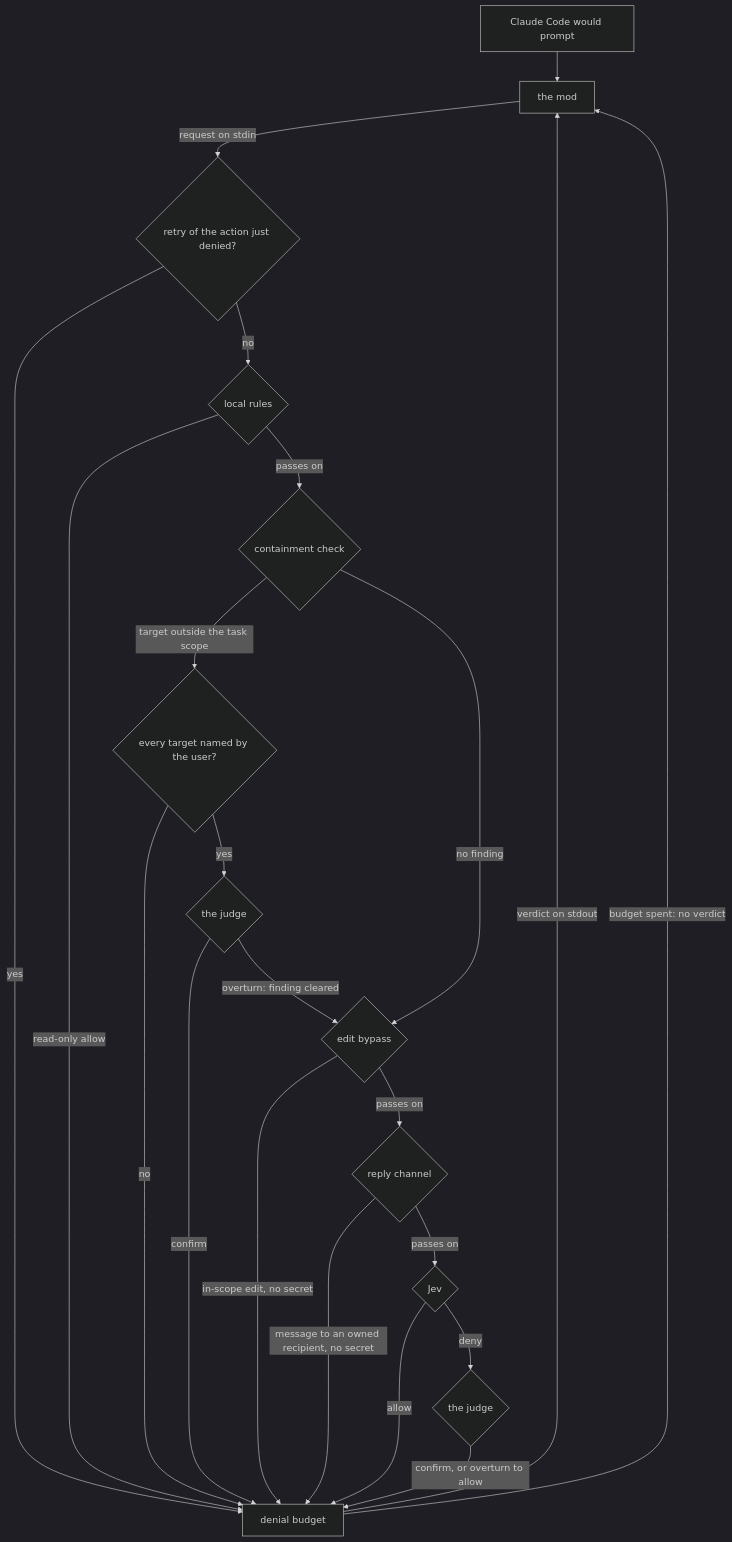
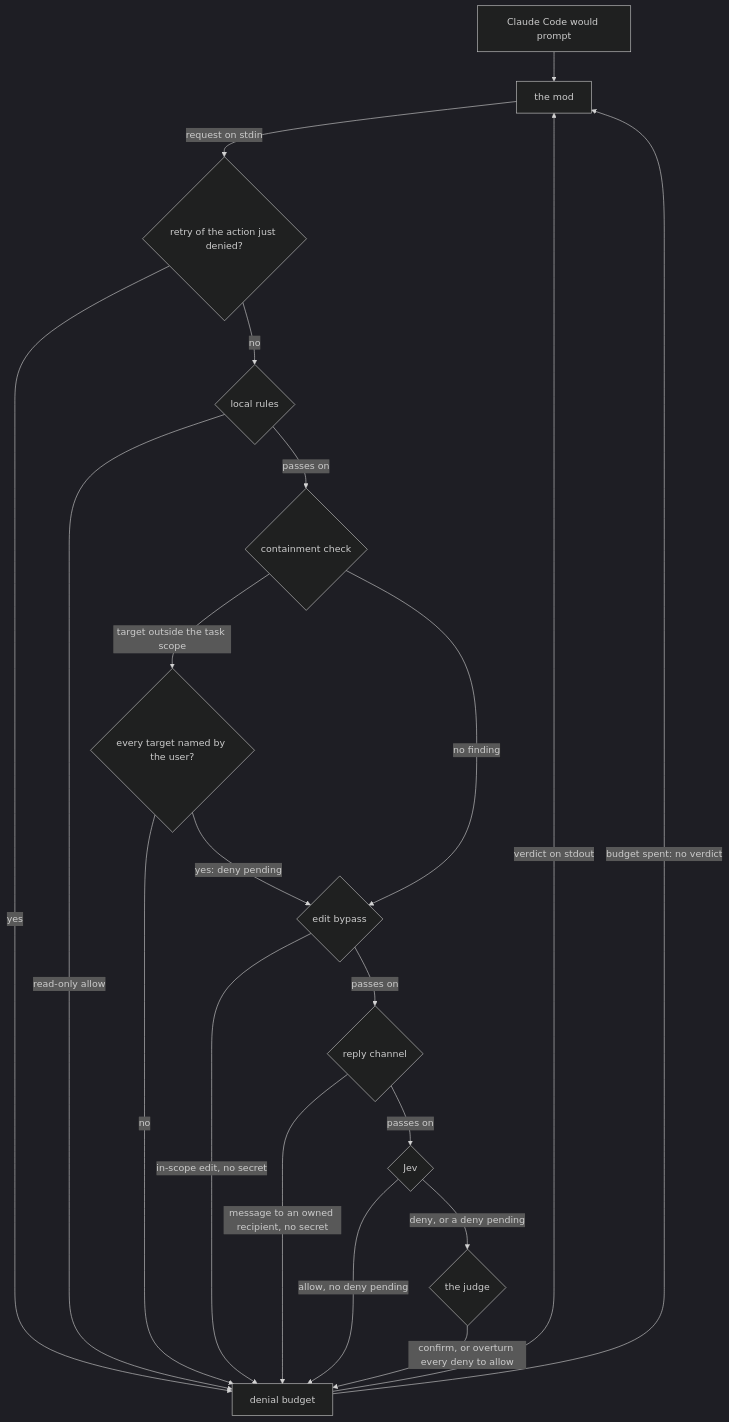
Before and after one commit to zgeoff/auto-mode: the first of 2 diagrams in docs/architecture/overview.md, drawn with Mermaid (dark theme). The commit also changed other lines of this file and 8 other files, not shown here.

````diff
--- a/docs/architecture/overview.md
+++ b/docs/architecture/overview.md
@@ -19,24 +20,22 @@
 ```mermaid
 flowchart TD
   P["Claude Code would prompt"] --> M["the mod"]
   M -->|"request on stdin"| R{"retry of the action just denied?"}
   R -->|yes| B
   R -->|no| L{"local rules"}
   L -->|"read-only allow"| B
   L -->|"passes on"| C{"containment check"}
   C -->|"target outside the task scope"| N{"every target named by the user?"}
   N -->|no| B
-  N -->|yes| G2{"the judge"}
-  G2 -->|confirm| B
-  G2 -->|"overturn: finding cleared"| E
+  N -->|"yes: deny pending"| E
   C -->|"no finding"| E{"edit bypass"}
   E -->|"in-scope edit, no secret"| B
   E -->|"passes on"| RC{"reply channel"}
   RC -->|"message to an owned recipient, no secret"| B
   RC -->|"passes on"| J{"Jev"}
-  J -->|allow| B
-  J -->|deny| G{"the judge"}
-  G -->|"confirm, or overturn to allow"| B["denial budget"]
+  J -->|"allow, no deny pending"| B
+  J -->|"deny, or a deny pending"| G{"the judge"}
+  G -->|"confirm, or overturn every deny to allow"| B["denial budget"]
   B -->|"verdict on stdout"| M
   B -->|"budget spent: no verdict"| M
 ```
````
